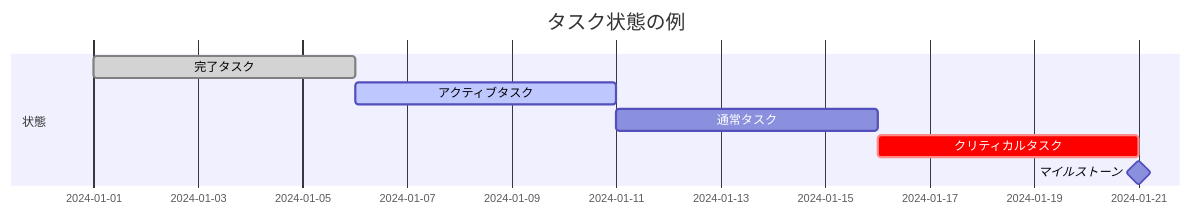
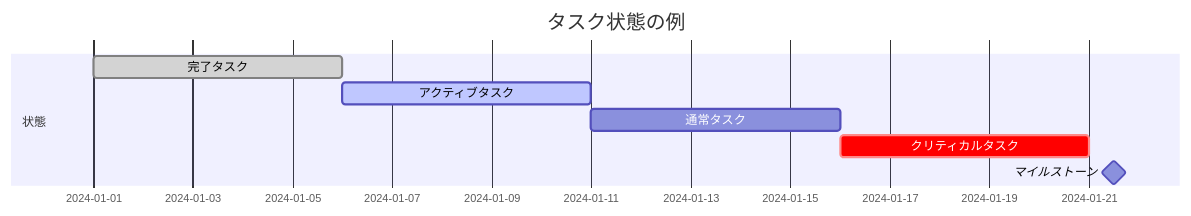
The third of 13 diagrams in 06_gantt.md (iwatsushi/mermaid), drawn with Mermaid before and after one commit. The commit also changed other lines of this file and 5 other files, not shown here.

````diff
--- a/06_gantt.md
+++ b/06_gantt.md
@@ -54,12 +54,12 @@
 ```mermaid
 gantt
     title タスク状態の例
     dateFormat YYYY-MM-DD
 
     section 状態
     完了タスク :done, task1, 2024-01-01, 5d
     アクティブタスク :active, task2, after task1, 5d
     通常タスク :task3, after task2, 5d
     クリティカルタスク :crit, task4, after task3, 5d
-    マイルストーン :milestone, m1, after task4, 0d
+    マイルストーン :milestone, m1, after task4, 1d
 ```
````
